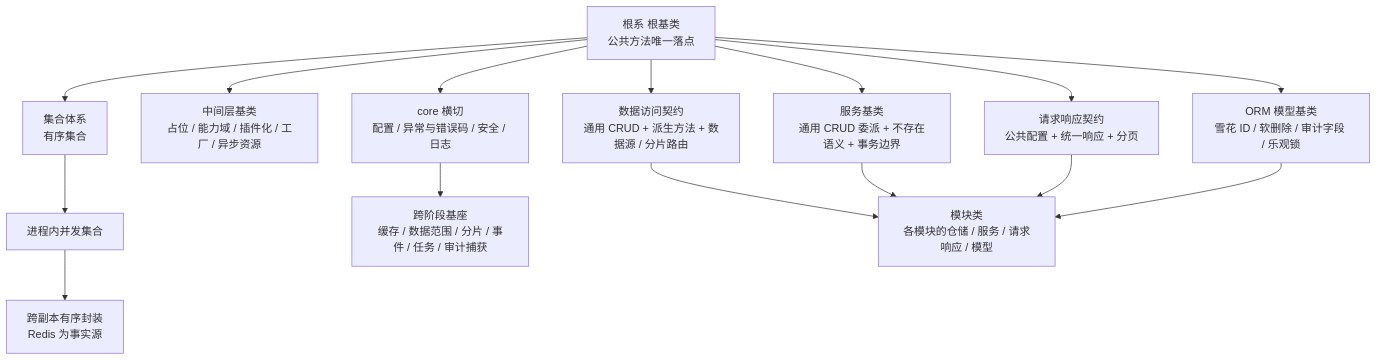
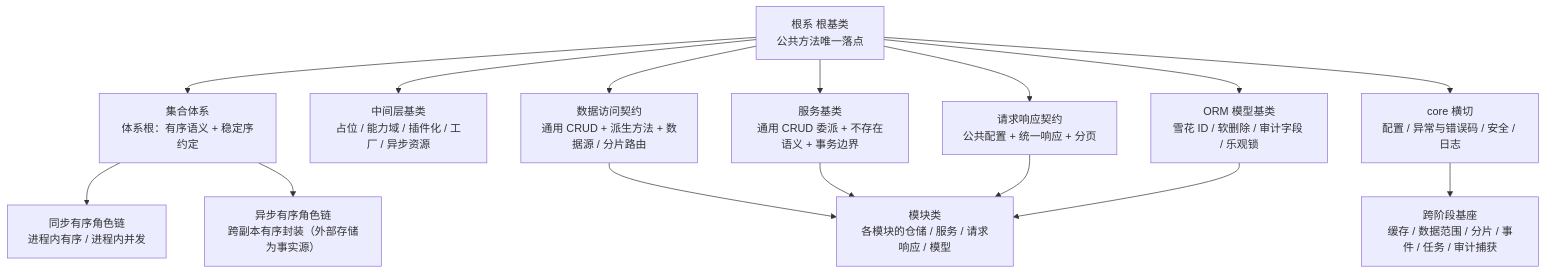
The diagram in bms文档/设计/架构设计/04_架构设计_后端基础类体系.md (minjian123/basic-management-system), drawn with Mermaid before and after one commit. The commit also changed other lines of this file and 8 other files, not shown here.

````diff
--- a/bms文档/设计/架构设计/04_架构设计_后端基础类体系.md
+++ b/bms文档/设计/架构设计/04_架构设计_后端基础类体系.md
@@ -38,29 +38,29 @@
 ```mermaid
 flowchart TD
     根系["根系 根基类<br/>公共方法唯一落点"]
-    COL["集合体系<br/>有序集合"]
-    CONC["进程内并发集合"]
-    REDIS["跨副本有序封装<br/>Redis 为事实源"]
+    COL["集合体系<br/>体系根：有序语义 + 稳定序约定"]
+    CONC["同步有序角色链<br/>进程内有序 / 进程内并发"]
+    REDIS["异步有序角色链<br/>跨副本有序封装（外部存储为事实源）"]
     MID["中间层基类<br/>占位 / 能力域 / 插件化 / 工厂 / 异步资源"]
     REPO["数据访问契约<br/>通用 CRUD + 派生方法 + 数据源 / 分片路由"]
     SVC["服务基类<br/>通用 CRUD 委派 + 不存在语义 + 事务边界"]
     SCH["请求响应契约<br/>公共配置 + 统一响应 + 分页"]
     ORM["ORM 模型基类<br/>雪花 ID / 软删除 / 审计字段 / 乐观锁"]
     CORE["core 横切<br/>配置 / 异常与错误码 / 安全 / 日志"]
     CROSS["跨阶段基座<br/>缓存 / 数据范围 / 分片 / 事件 / 任务 / 审计捕获"]
     MOD["模块类<br/>各模块的仓储 / 服务 / 请求响应 / 模型"]
     根系 --> COL
     COL --> CONC
-    CONC --> REDIS
+    COL --> REDIS
     根系 --> MID
     根系 --> REPO
     根系 --> SVC
     根系 --> SCH
     根系 --> ORM
     根系 --> CORE
     CORE --> CROSS
     REPO --> MOD
     SVC --> MOD
     SCH --> MOD
     ORM --> MOD
 ```
````
